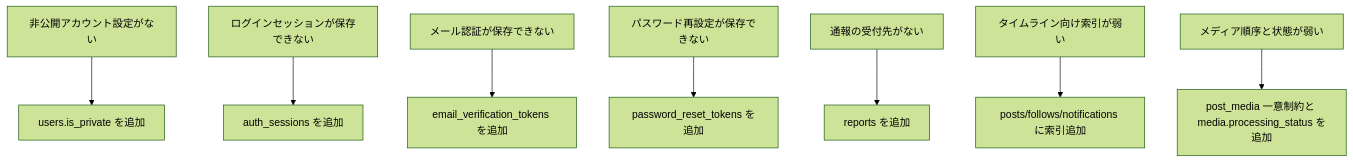
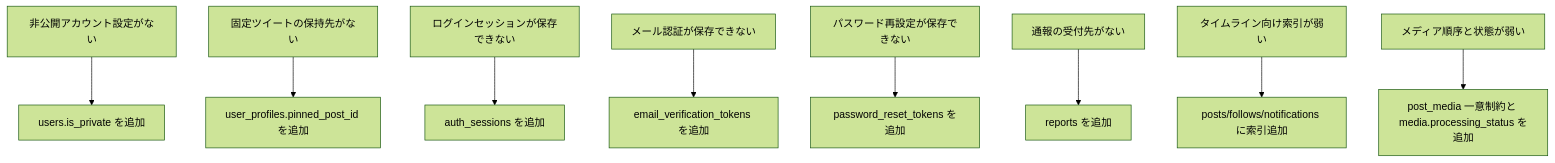
The fourth of 4 diagrams in docs/mermaid_diagrams.md (inoUwU/tiny-sns), drawn with Mermaid (forest theme) before and after one commit. The commit also changed other lines of this file and 5 other files, not shown here.

First line of the commit message:
Add pinned post functionality to user profiles

````diff
--- a/docs/mermaid_diagrams.md
+++ b/docs/mermaid_diagrams.md
@@ -272,10 +275,11 @@
 ```mermaid
 flowchart TD
     gap1[非公開アカウント設定がない] --> fix1[users.is_private を追加]
-    gap2[ログインセッションが保存できない] --> fix2[auth_sessions を追加]
-    gap3[メール認証が保存できない] --> fix3[email_verification_tokens を追加]
-    gap4[パスワード再設定が保存できない] --> fix4[password_reset_tokens を追加]
-    gap5[通報の受付先がない] --> fix5[reports を追加]
-    gap6[タイムライン向け索引が弱い] --> fix6[posts/follows/notifications に索引追加]
-    gap7[メディア順序と状態が弱い] --> fix7[post_media 一意制約と media.processing_status を追加]
+    gap2[固定ツイートの保持先がない] --> fix2[user_profiles.pinned_post_id を追加]
+    gap3[ログインセッションが保存できない] --> fix3[auth_sessions を追加]
+    gap4[メール認証が保存できない] --> fix4[email_verification_tokens を追加]
+    gap5[パスワード再設定が保存できない] --> fix5[password_reset_tokens を追加]
+    gap6[通報の受付先がない] --> fix6[reports を追加]
+    gap7[タイムライン向け索引が弱い] --> fix7[posts/follows/notifications に索引追加]
+    gap8[メディア順序と状態が弱い] --> fix8[post_media 一意制約と media.processing_status を追加]
 ```
````
